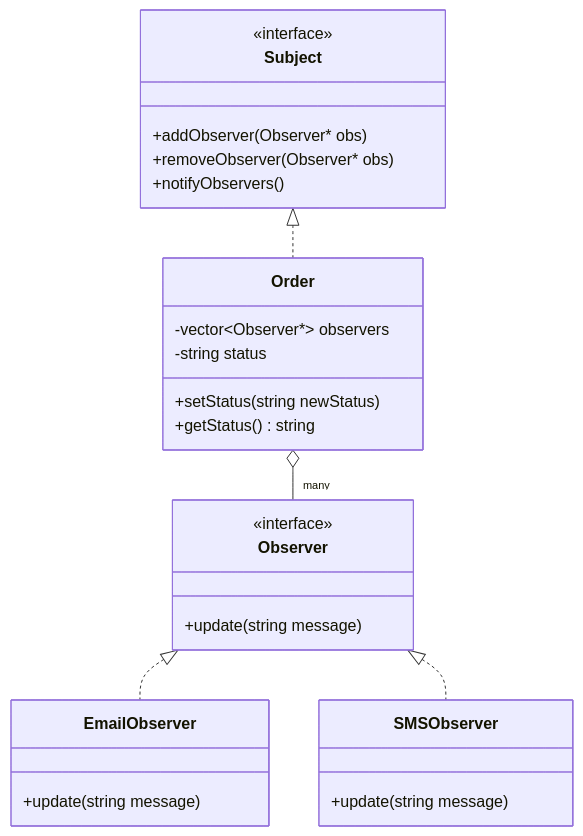
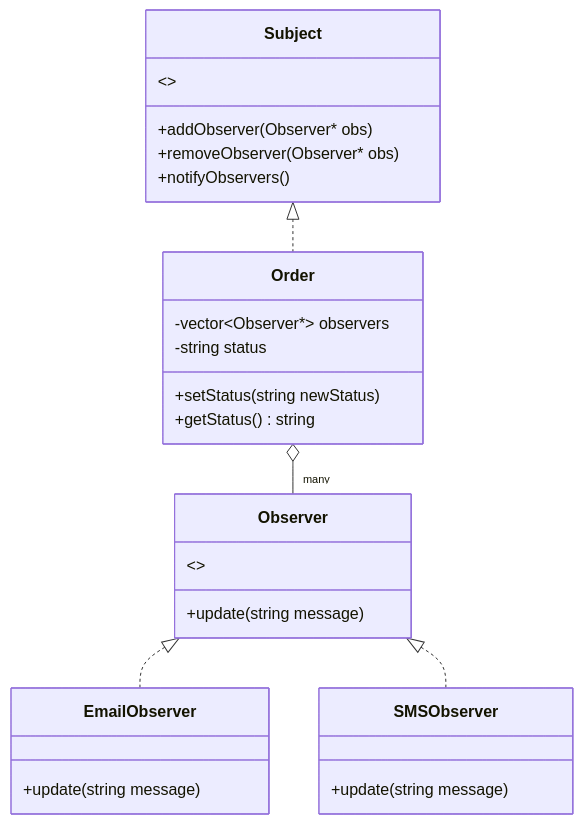
Before and after one commit to Ravindra230105/low-level-design: the second of 5 diagrams in DesignPattern/README.md, drawn with Mermaid. The commit also changed other lines of this file and 3 other files, not shown here.

````diff
--- a/DesignPattern/README.md
+++ b/DesignPattern/README.md
@@ -96,29 +191,57 @@
 ```mermaid
+
 classDiagram
+
     class Observer {
-        <<interface>>
+
+        <\<interface>>
+
         +update(string message)
+
     }
+
     class Subject {
-        <<interface>>
+
+        <\<interface>>
+
         +addObserver(Observer* obs)
+
         +removeObserver(Observer* obs)
+
         +notifyObservers()
+
     }
+
     class Order {
-        -vector~Observer*~ observers
+
+        -vector\~Observer*\~ observers
+
         -string status
+
         +setStatus(string newStatus)
+
         +getStatus() string
+
     }
+
     class EmailObserver {
+
         +update(string message)
+
     }
+
     class SMSObserver {
+
         +update(string message)
+
     }
+
     Subject <|.. Order
+
     Observer <|.. EmailObserver
+
     Observer <|.. SMSObserver
+
     Order o-- "many" Observer
+
 ```
````
